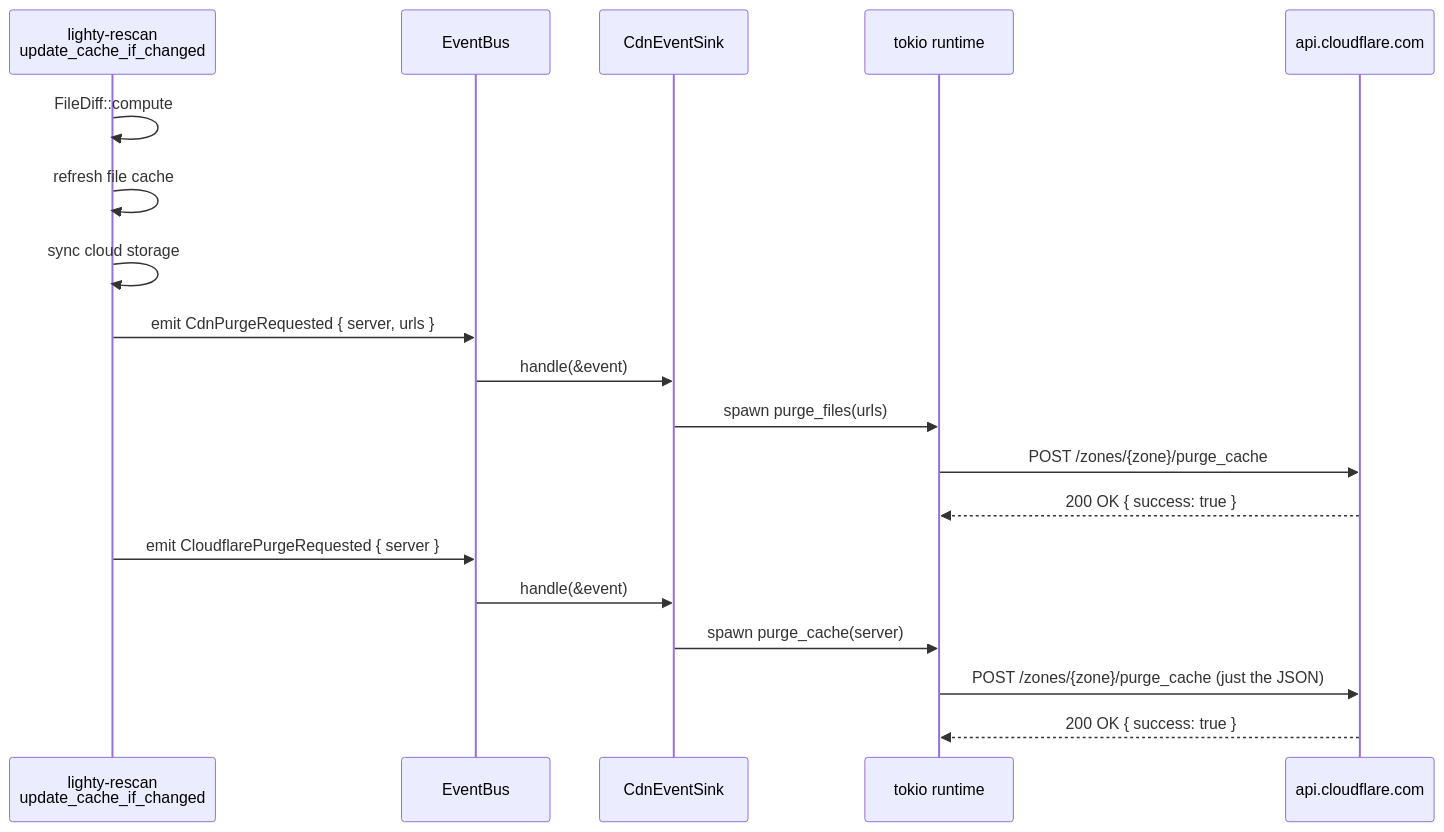
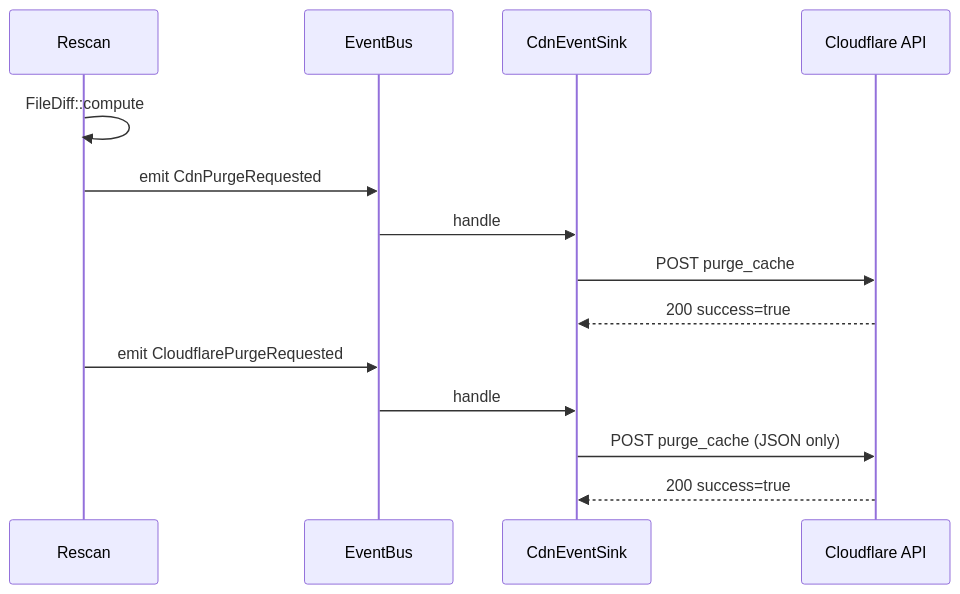
Before and after one commit to Lighty-Launcher/LightyUpdater: the first of 3 diagrams in crates/cdn/docs/flows.md, drawn with Mermaid. The commit also changed other lines of this file and 22 other files, not shown here.

First line of the commit message:
Simplify per-crate docs + harden mermaid for GitBook

````diff
--- a/crates/cdn/docs/flows.md
+++ b/crates/cdn/docs/flows.md
@@ -7,23 +5,18 @@
 ```mermaid
 sequenceDiagram
-    participant Rescan as lighty-rescan<br/>update_cache_if_changed
+    participant Rescan
     participant Bus as EventBus
     participant Sink as CdnEventSink
-    participant Tokio as tokio runtime
-    participant Cloudflare as api.cloudflare.com
+    participant CF as Cloudflare API
 
     Rescan->>Rescan: FileDiff::compute
-    Rescan->>Rescan: refresh file cache
-    Rescan->>Rescan: sync cloud storage
-    Rescan->>Bus: emit CdnPurgeRequested { server, urls }
-    Bus->>Sink: handle(&event)
-    Sink->>Tokio: spawn purge_files(urls)
-    Tokio->>Cloudflare: POST /zones/{zone}/purge_cache
-    Cloudflare-->>Tokio: 200 OK { success: true }
+    Rescan->>Bus: emit CdnPurgeRequested
+    Bus->>Sink: handle
+    Sink->>CF: POST purge_cache
+    CF-->>Sink: 200 success=true
 
-    Rescan->>Bus: emit CloudflarePurgeRequested { server }
-    Bus->>Sink: handle(&event)
-    Sink->>Tokio: spawn purge_cache(server)
-    Tokio->>Cloudflare: POST /zones/{zone}/purge_cache (just the JSON)
-    Cloudflare-->>Tokio: 200 OK { success: true }
+    Rescan->>Bus: emit CloudflarePurgeRequested
+    Bus->>Sink: handle
+    Sink->>CF: POST purge_cache (JSON only)
+    CF-->>Sink: 200 success=true
 ```
````
